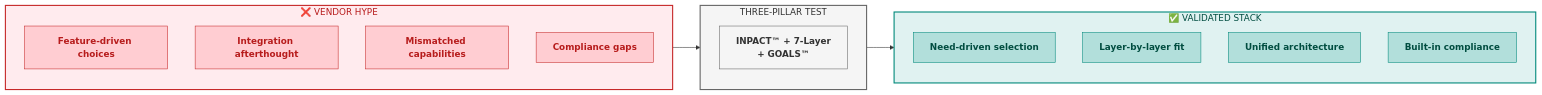
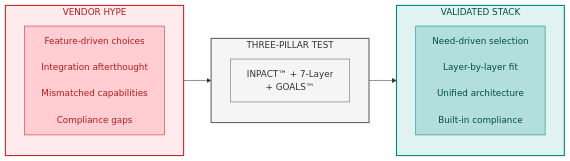
One commit to colaberry/trust-before-intelligence-book changed the first of 5 diagrams in manuscript/chapter_11_technology_selection_guide_v1_2.md. Above: the diagram before and after it, drawn with Mermaid.

Commit message:
diagram updated for readability
diagram updated for readability

````diff
--- a/manuscript/chapter_11_technology_selection_guide_v1_2.md
+++ b/manuscript/chapter_11_technology_selection_guide_v1_2.md
@@ -9,35 +9,28 @@
 ```mermaid
-graph LR
-    subgraph BEFORE["❌ VENDOR HYPE"]
-        B1["<b>Feature-driven choices</b>"]
-        B2["<b>Integration afterthought</b>"]
-        B3["<b>Mismatched capabilities</b>"]
-        B4["<b>Compliance gaps</b>"]
+
+ graph LR
+    subgraph BEFORE["VENDOR HYPE"]
+        direction TB
+        B1["Feature-driven choices<br/><br/>Integration afterthought<br/><br/>Mismatched capabilities<br/><br/>Compliance gaps"]
     end
     
     subgraph TRANSFORM["THREE-PILLAR TEST"]
-        T1["<b>INPACT™ + 7-Layer<br/>+ GOALS™</b>"]
+        direction TB
+        T1["INPACT™ + 7-Layer<br/>+ GOALS™"]
     end
     
-    subgraph AFTER["✅ VALIDATED STACK"]
-        A1["<b>Need-driven selection</b>"]
-        A2["<b>Layer-by-layer fit</b>"]
-        A3["<b>Unified architecture</b>"]
-        A4["<b>Built-in compliance</b>"]
+    subgraph AFTER["VALIDATED STACK"]
+        direction TB
+        A1["Need-driven selection<br/><br/>Layer-by-layer fit<br/><br/>Unified architecture<br/><br/>Built-in compliance"]
     end
     
     BEFORE --> TRANSFORM --> AFTER
     
     style BEFORE fill:#ffebee,stroke:#c62828,stroke-width:2px,color:#b71c1c
     style TRANSFORM fill:#f5f5f5,stroke:#666666,stroke-width:2px,color:#333333
     style AFTER fill:#e0f2f1,stroke:#00897b,stroke-width:2px,color:#004d40
     style B1 fill:#ffcdd2,stroke:#c62828,color:#b71c1c
-    style B2 fill:#ffcdd2,stroke:#c62828,color:#b71c1c
-    style B3 fill:#ffcdd2,stroke:#c62828,color:#b71c1c
-    style B4 fill:#ffcdd2,stroke:#c62828,color:#b71c1c
     style T1 fill:#f5f5f5,stroke:#666666,color:#333333
     style A1 fill:#b2dfdb,stroke:#00897b,color:#004d40
-    style A2 fill:#b2dfdb,stroke:#00897b,color:#004d40
-    style A3 fill:#b2dfdb,stroke:#00897b,color:#004d40
-    style A4 fill:#b2dfdb,stroke:#00897b,color:#004d40
+
 ```
````
